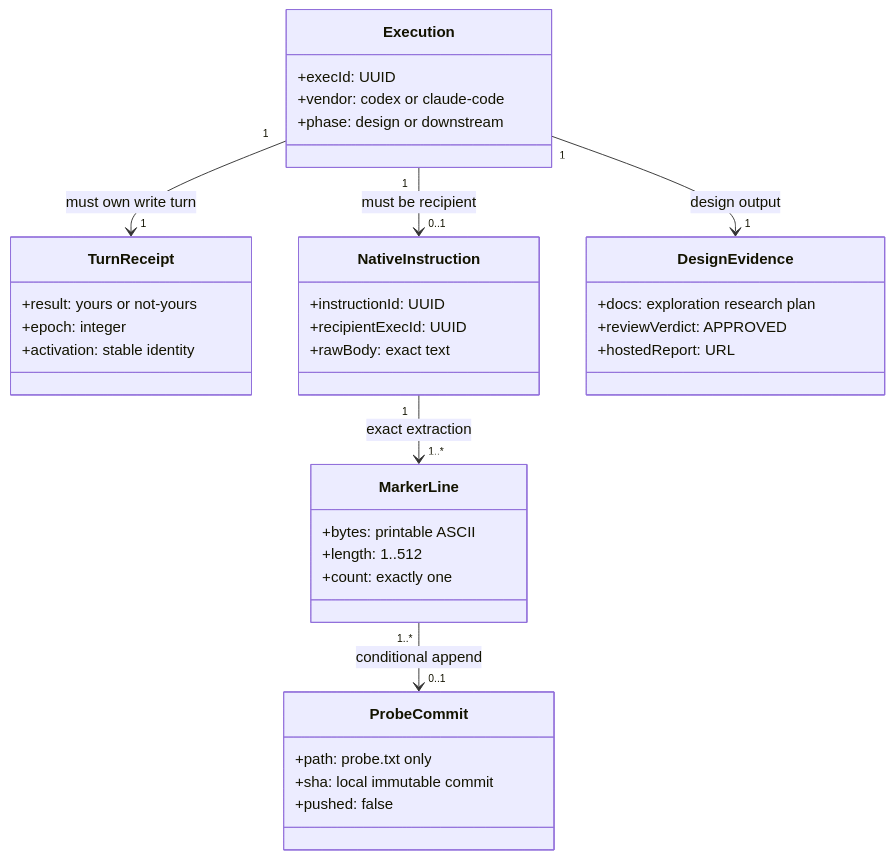
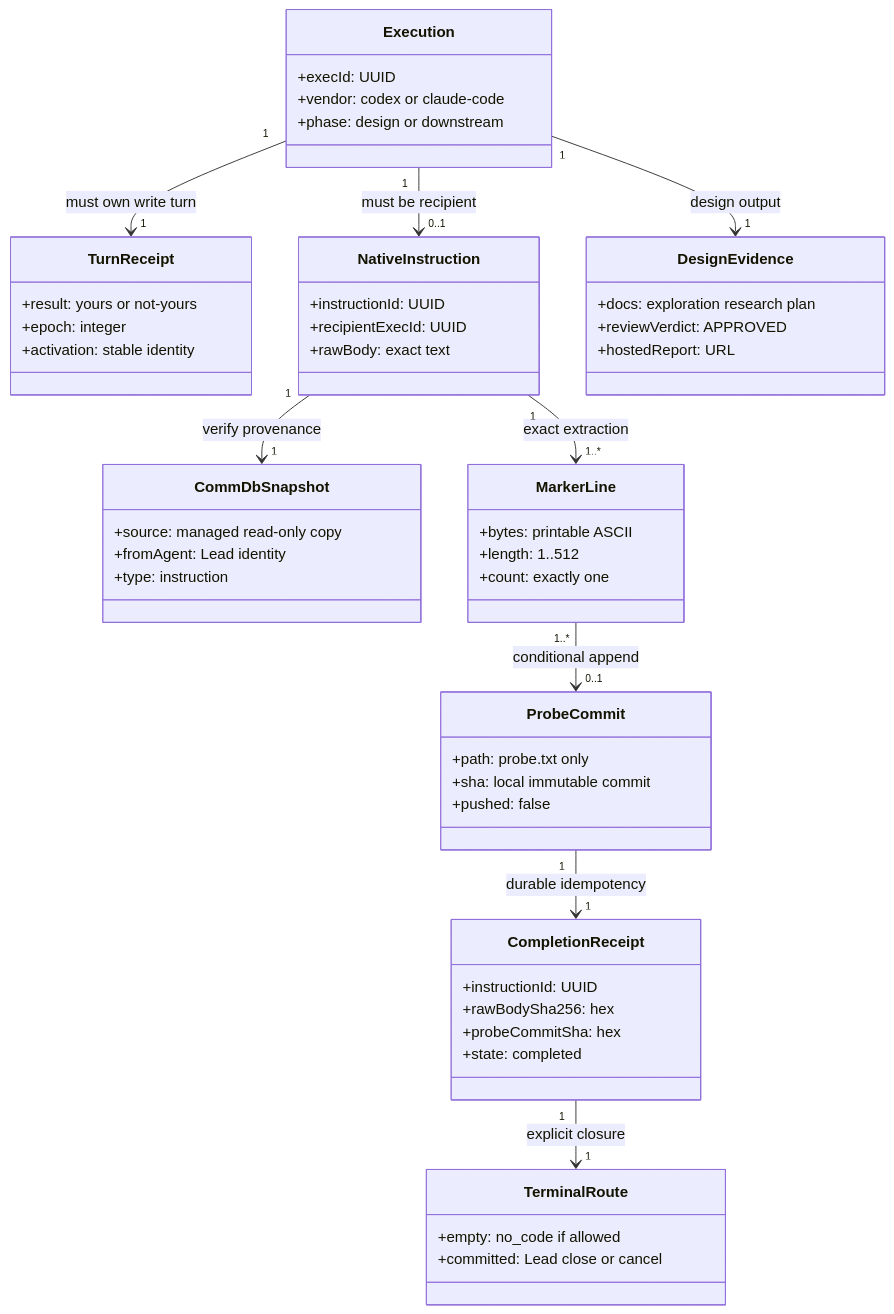
The diagram in engineering/doc/FLY-3124-529-canary-claude/data-model.mmd (xrliAnnie/flywheel-qa-sandbox), drawn with Mermaid before and after one commit. The commit also changed 5 other files, not shown here.

```diff
--- a/engineering/doc/FLY-3124-529-canary-claude/data-model.mmd
+++ b/engineering/doc/FLY-3124-529-canary-claude/data-model.mmd
@@ -1,36 +1,54 @@
 classDiagram
     class Execution {
       +execId: UUID
       +vendor: codex or claude-code
       +phase: design or downstream
     }
     class TurnReceipt {
       +result: yours or not-yours
       +epoch: integer
       +activation: stable identity
     }
     class NativeInstruction {
       +instructionId: UUID
       +recipientExecId: UUID
       +rawBody: exact text
     }
+    class CommDbSnapshot {
+      +source: managed read-only copy
+      +fromAgent: Lead identity
+      +type: instruction
+    }
     class MarkerLine {
       +bytes: printable ASCII
       +length: 1..512
       +count: exactly one
     }
     class ProbeCommit {
       +path: probe.txt only
       +sha: local immutable commit
       +pushed: false
     }
+    class CompletionReceipt {
+      +instructionId: UUID
+      +rawBodySha256: hex
+      +probeCommitSha: hex
+      +state: completed
+    }
+    class TerminalRoute {
+      +empty: no_code if allowed
+      +committed: Lead close or cancel
+    }
     class DesignEvidence {
       +docs: exploration research plan
       +reviewVerdict: APPROVED
       +hostedReport: URL
     }
     Execution "1" --> "1" TurnReceipt : must own write turn
     Execution "1" --> "0..1" NativeInstruction : must be recipient
+    NativeInstruction "1" --> "1" CommDbSnapshot : verify provenance
     NativeInstruction "1" --> "1..*" MarkerLine : exact extraction
     MarkerLine "1..*" --> "0..1" ProbeCommit : conditional append
+    ProbeCommit "1" --> "1" CompletionReceipt : durable idempotency
+    CompletionReceipt "1" --> "1" TerminalRoute : explicit closure
     Execution "1" --> "1" DesignEvidence : design output
```
